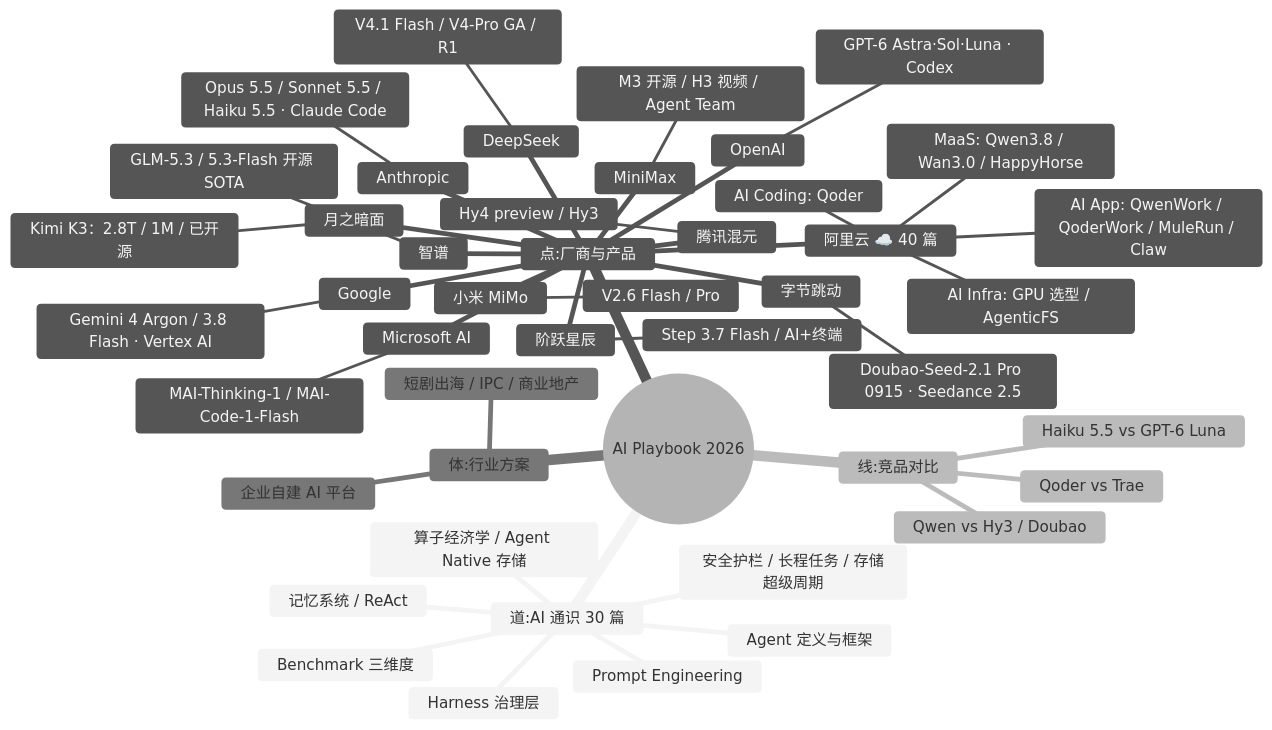
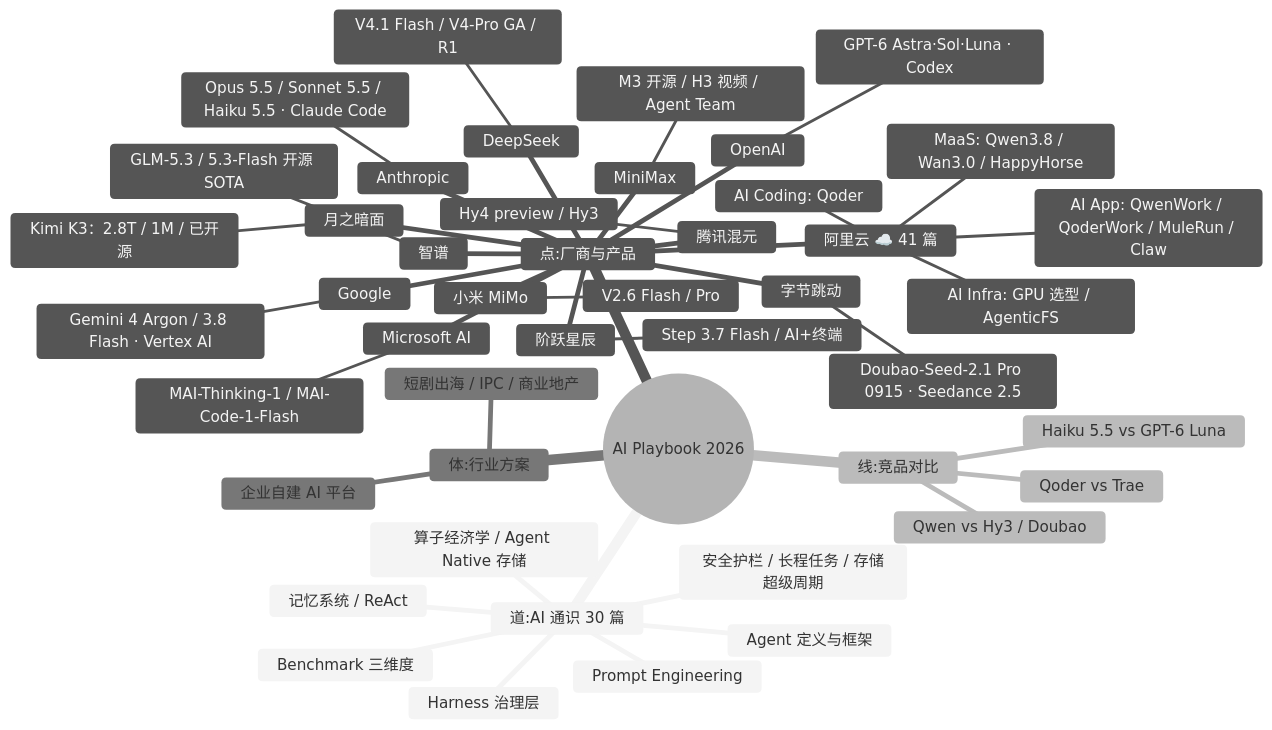
The first of 2 diagrams in README.md (EthanNiWorld/ai-playbook-2026), drawn with Mermaid (neutral theme) before and after one commit. The commit also changed other lines of this file and 8 other files, not shown here.

````diff
--- a/README.md
+++ b/README.md
@@ -151,49 +151,49 @@
 ```mermaid
 mindmap
   root((AI Playbook 2026))
     道:AI 通识 30 篇
       Agent 定义与框架
       Harness 治理层
       Prompt Engineering
       Benchmark 三维度
       记忆系统 / ReAct
       安全护栏 / 长程任务 / 存储超级周期
       算子经济学 / Agent Native 存储
     点:厂商与产品
-      阿里云 ☁️ 40 篇
+      阿里云 ☁️ 41 篇
         MaaS: Qwen3.8 / Wan3.0 / HappyHorse
         AI Coding: Qoder
         AI App: QwenWork / QoderWork / MuleRun / Claw
         AI Infra: GPU 选型 / AgenticFS
       Anthropic
         Opus 5.5 / Sonnet 5.5 / Haiku 5.5 · Claude Code
       OpenAI
         GPT-6 Astra·Sol·Luna · Codex
       Google
         Gemini 4 Argon / 3.8 Flash · Vertex AI
       Microsoft AI
         MAI-Thinking-1 / MAI-Code-1-Flash
       DeepSeek
         V4.1 Flash / V4-Pro GA / R1
       智谱
         GLM-5.3 / 5.3-Flash 开源 SOTA
       月之暗面
         Kimi K3：2.8T / 1M / 已开源
       MiniMax
         M3 开源 / H3 视频 / Agent Team
       字节跳动
         Doubao-Seed-2.1 Pro 0915 · Seedance 2.5
       腾讯混元
         Hy4 preview / Hy3
       小米 MiMo
         V2.6 Flash / Pro
       阶跃星辰
         Step 3.7 Flash / AI+终端
     线:竞品对比
       Qoder vs Trae
       Qwen vs Hy3 / Doubao
       Haiku 5.5 vs GPT-6 Luna
     体:行业方案
       企业自建 AI 平台
       短剧出海 / IPC / 商业地产
 ```
````
